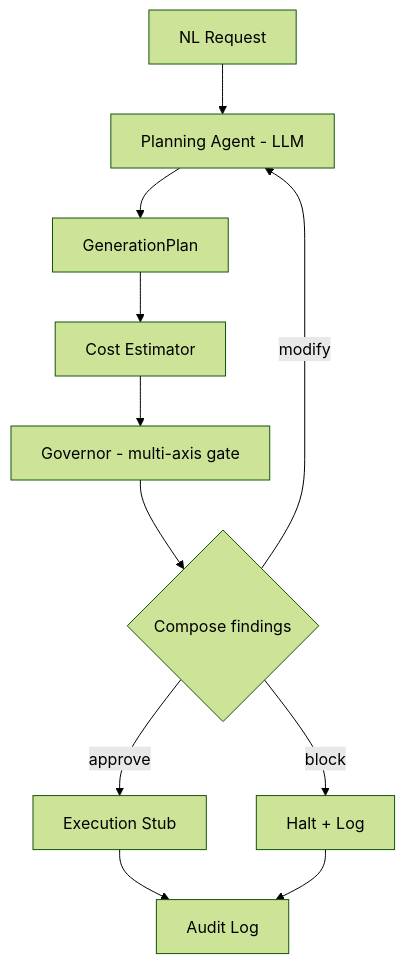
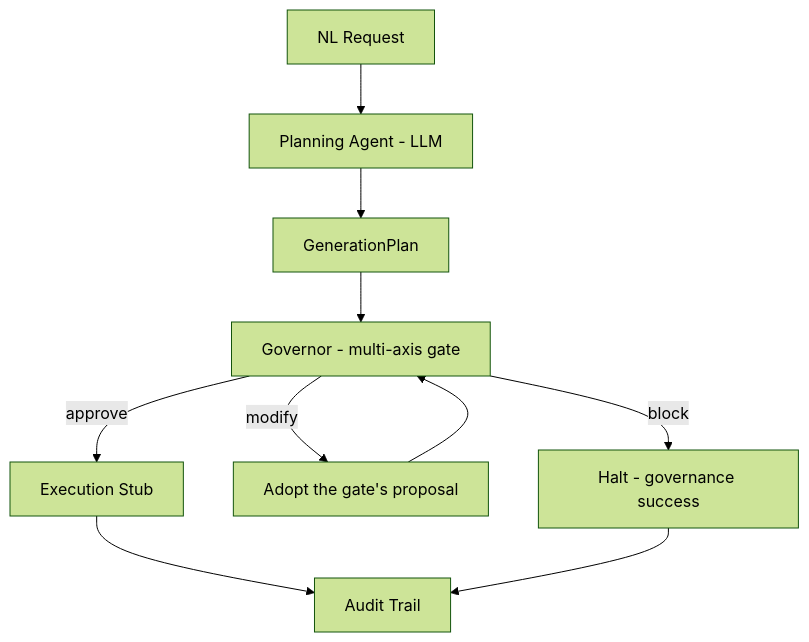
The diagram in README.md (hamzaaaljundi/finops-governor), drawn with Mermaid (forest theme) before and after one commit. The commit also changed other lines of this file and 1 other file, not shown here.

Commit message:
docs: diagram matches the pipeline; mark M7 complete

````diff
--- a/README.md
+++ b/README.md
@@ -40,13 +42,12 @@
 ```mermaid
 flowchart TD
     A[NL Request] --> B[Planning Agent - LLM]
     B --> C[GenerationPlan]
-    C --> D[Cost Estimator]
-    D --> E[Governor - multi-axis gate]
-    E --> F{Compose findings}
-    F -->|approve| G[Execution Stub]
-    F -->|modify| B
-    F -->|block| H[Halt + Log]
-    G --> I[Audit Log]
+    C --> E[Governor - multi-axis gate]
+    E -->|approve| G[Execution Stub]
+    E -->|modify| M[Adopt the gate's proposal]
+    M --> E
+    E -->|block| H[Halt - governance success]
+    G --> I[Audit Trail]
     H --> I
 ```
````
